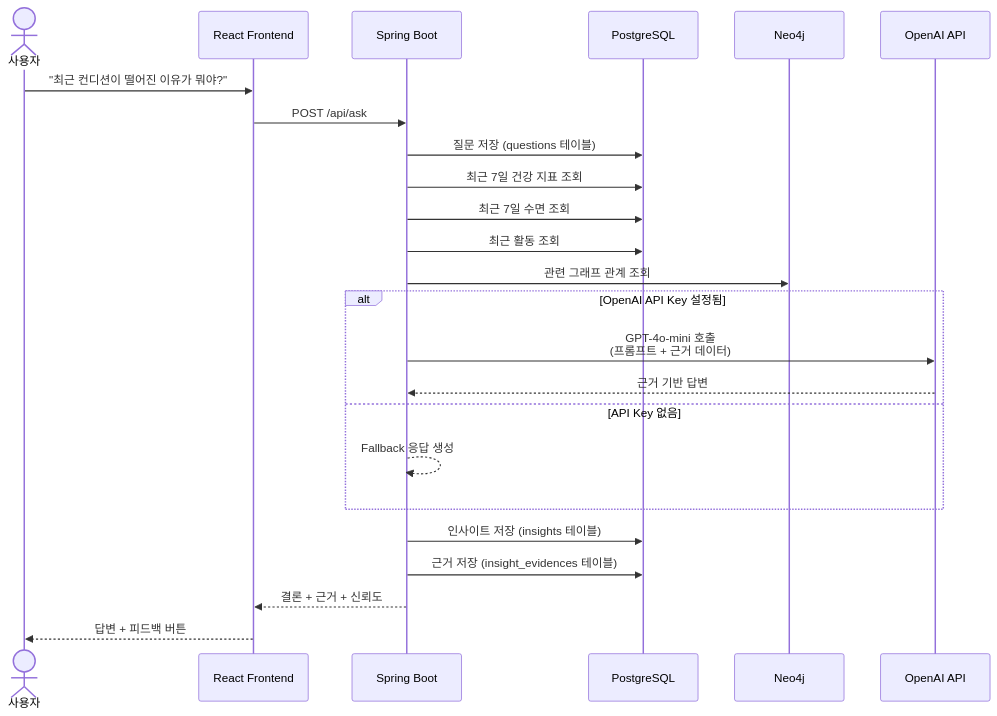
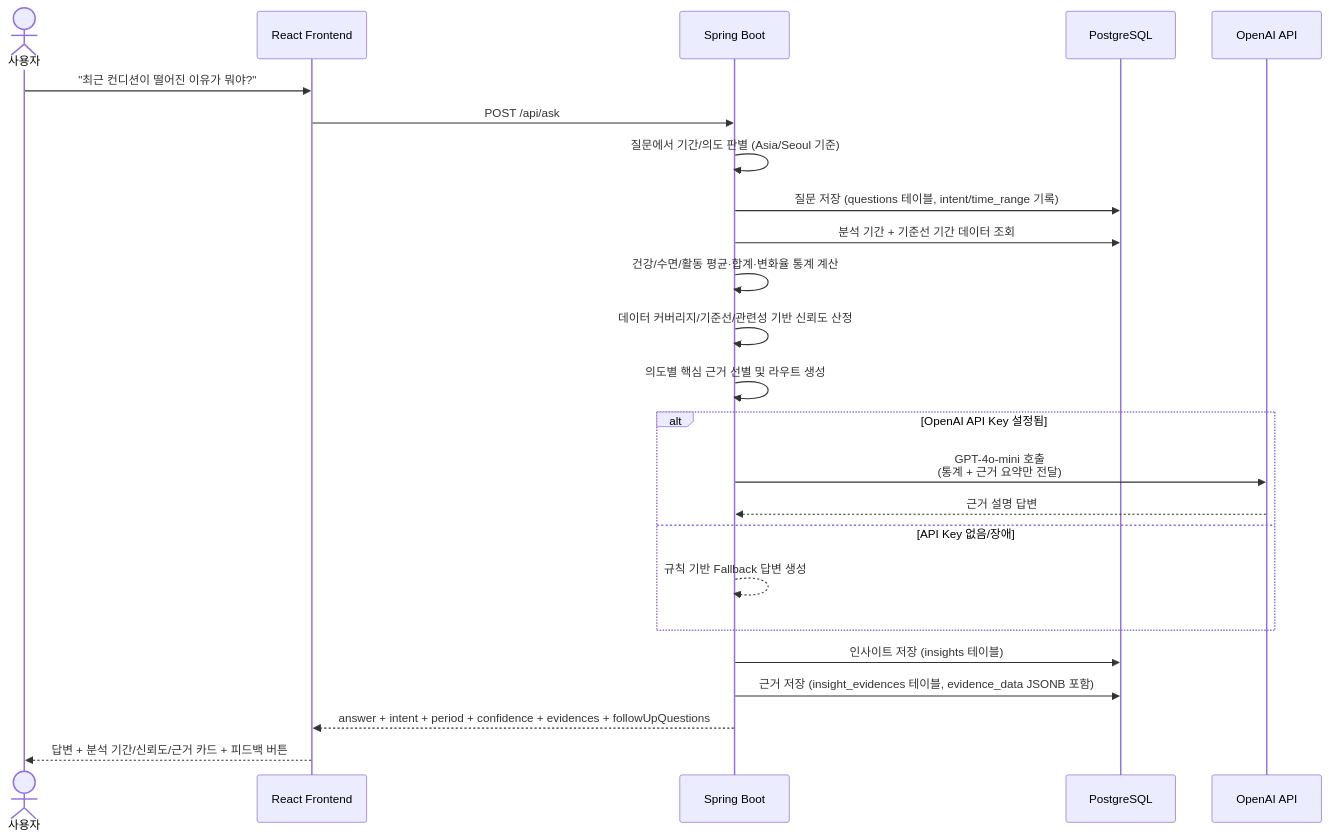
One commit to Hsooooo/personal-insight-os changed the third of 5 diagrams in docs/architecture.md. Above: the diagram before and after it, drawn with Mermaid. The commit also changed other lines of this file and 5 other files, not shown here.

````diff
--- a/docs/architecture.md
+++ b/docs/architecture.md
@@ -148,30 +148,30 @@
 ```mermaid
 sequenceDiagram
     actor U as 사용자
     participant FE as React Frontend
     participant BE as Spring Boot
     participant PG as PostgreSQL
-    participant NEO as Neo4j
     participant OAI as OpenAI API
 
     U->>FE: "최근 컨디션이 떨어진 이유가 뭐야?"
     FE->>BE: POST /api/ask
 
-    BE->>PG: 질문 저장 (questions 테이블)
-    BE->>PG: 최근 7일 건강 지표 조회
-    BE->>PG: 최근 7일 수면 조회
-    BE->>PG: 최근 활동 조회
-    BE->>NEO: 관련 그래프 관계 조회
+    BE->>BE: 질문에서 기간/의도 판별 (Asia/Seoul 기준)
+    BE->>PG: 질문 저장 (questions 테이블, intent/time_range 기록)
+    BE->>PG: 분석 기간 + 기준선 기간 데이터 조회
+    BE->>BE: 건강/수면/활동 평균·합계·변화율 통계 계산
+    BE->>BE: 데이터 커버리지/기준선/관련성 기반 신뢰도 산정
+    BE->>BE: 의도별 핵심 근거 선별 및 라우트 생성
 
     alt OpenAI API Key 설정됨
-        BE->>OAI: GPT-4o-mini 호출<br/>(프롬프트 + 근거 데이터)
-        OAI-->>BE: 근거 기반 답변
-    else API Key 없음
-        BE-->>BE: Fallback 응답 생성
+        BE->>OAI: GPT-4o-mini 호출<br/>(통계 + 근거 요약만 전달)
+        OAI-->>BE: 근거 설명 답변
+    else API Key 없음/장애
+        BE-->>BE: 규칙 기반 Fallback 답변 생성
     end
 
     BE->>PG: 인사이트 저장 (insights 테이블)
-    BE->>PG: 근거 저장 (insight_evidences 테이블)
-    BE-->>FE: 결론 + 근거 + 신뢰도
-    FE-->>U: 답변 + 피드백 버튼
+    BE->>PG: 근거 저장 (insight_evidences 테이블, evidence_data JSONB 포함)
+    BE-->>FE: answer + intent + period + confidence + evidences + followUpQuestions
+    FE-->>U: 답변 + 분석 기간/신뢰도/근거 카드 + 피드백 버튼
 ```
````
